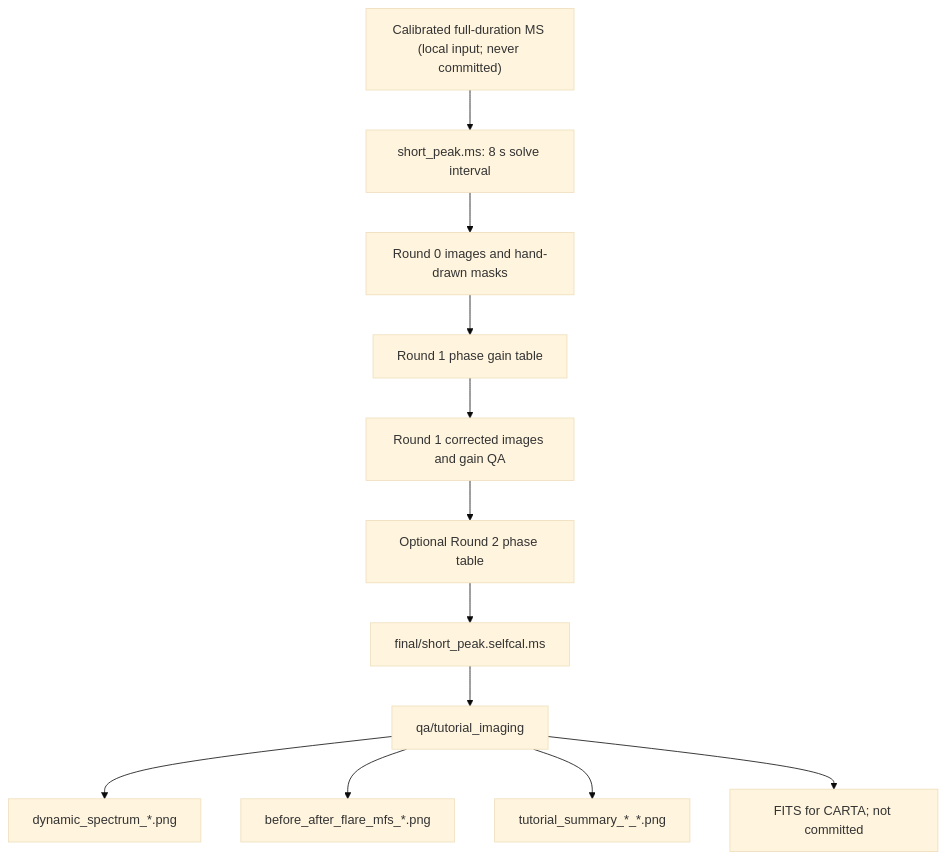
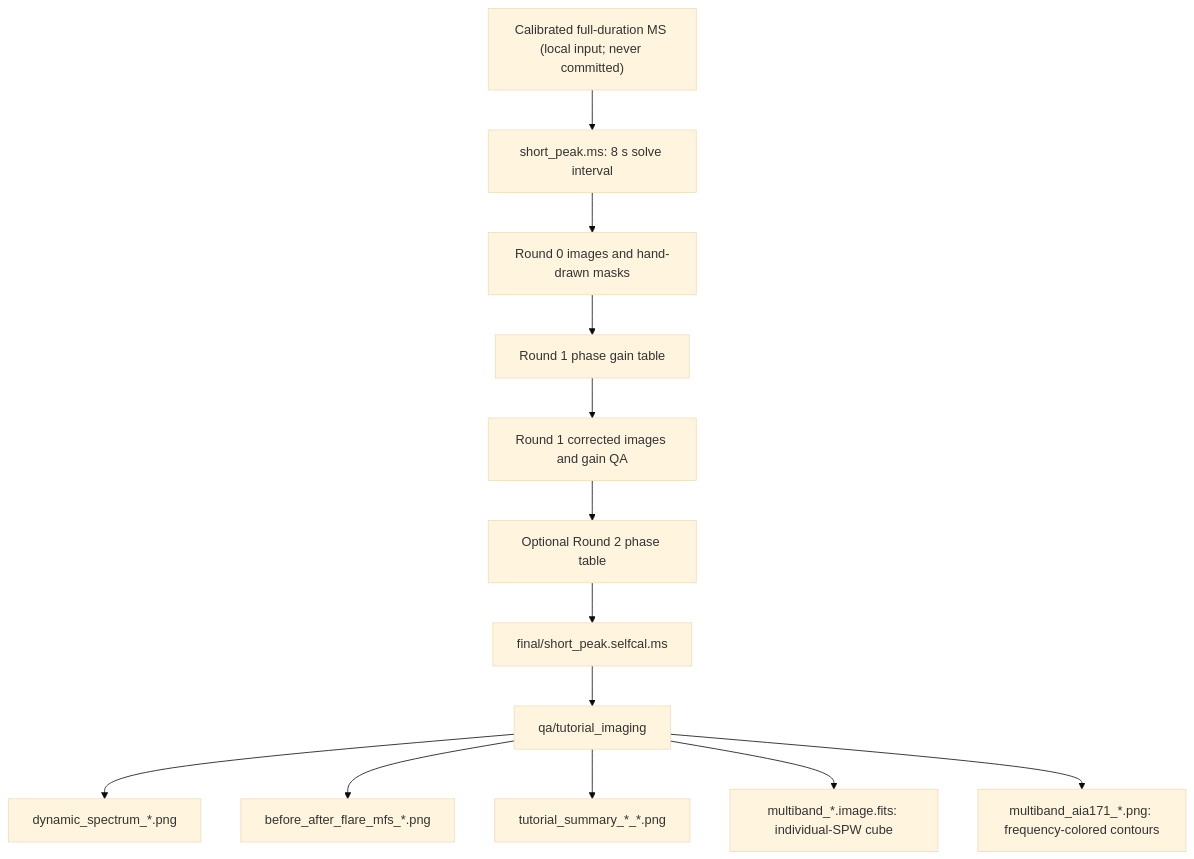
The diagram in docs/PRODUCTS.md (mal-wickline/eovsa_selfcal_and_imaging_tutorial), drawn with Mermaid (base theme) before and after one commit. The commit also changed other lines of this file and 17 other files, not shown here.

````diff
--- a/docs/PRODUCTS.md
+++ b/docs/PRODUCTS.md
@@ -6,14 +6,15 @@
 ```mermaid
 flowchart TD
     A["Calibrated full-duration MS (local input; never committed)"] --> B["short_peak.ms: 8 s solve interval"]
     B --> C["Round 0 images and hand-drawn masks"]
     C --> D["Round 1 phase gain table"]
     D --> E["Round 1 corrected images and gain QA"]
     E --> F["Optional Round 2 phase table"]
     F --> G["final/short_peak.selfcal.ms"]
     G --> H["qa/tutorial_imaging"]
     H --> I["dynamic_spectrum_*.png"]
     H --> J["before_after_flare_mfs_*.png"]
     H --> K["tutorial_summary_*_*.png"]
-    H --> L["FITS for CARTA; not committed"]
+    H --> L["multiband_*.image.fits: individual-SPW cube"]
+    H --> M["multiband_aia171_*.png: frequency-colored contours"]
 ```
````
